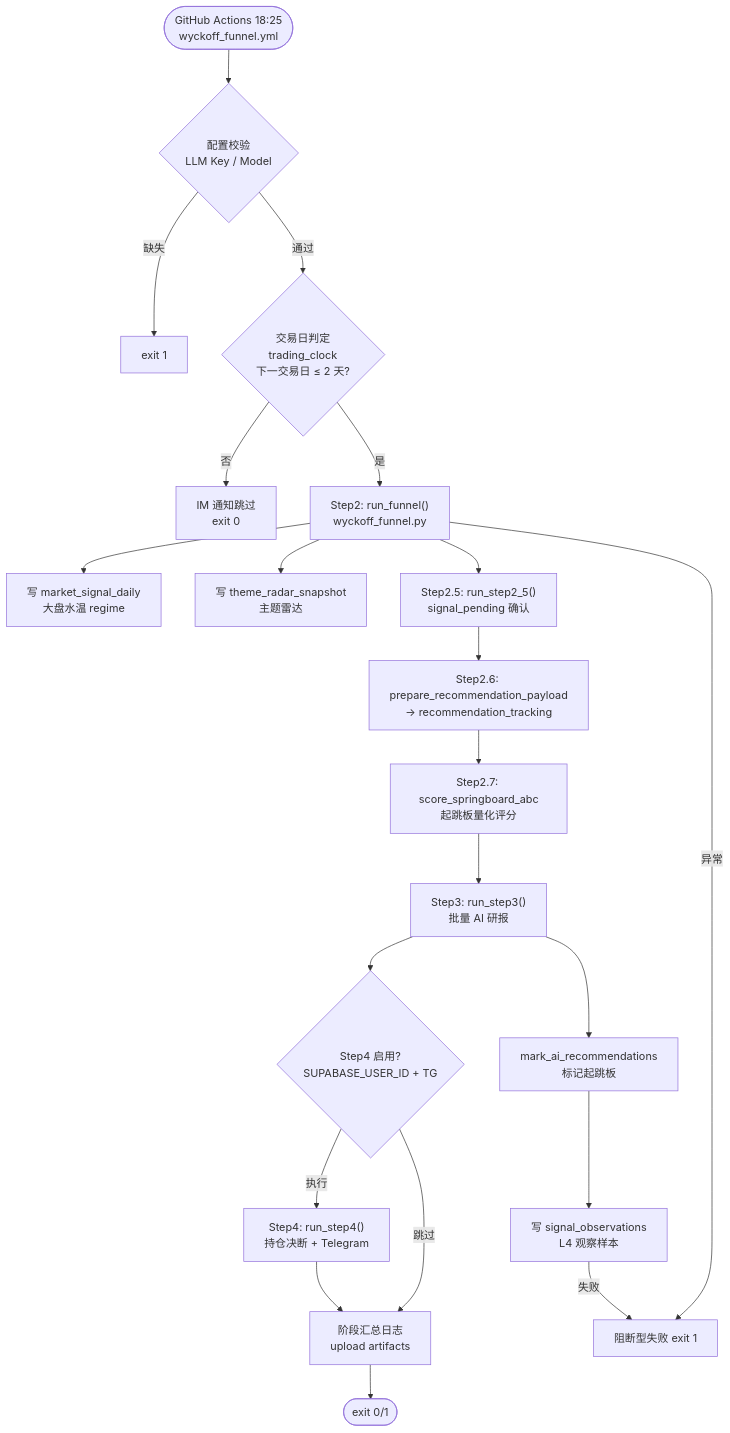
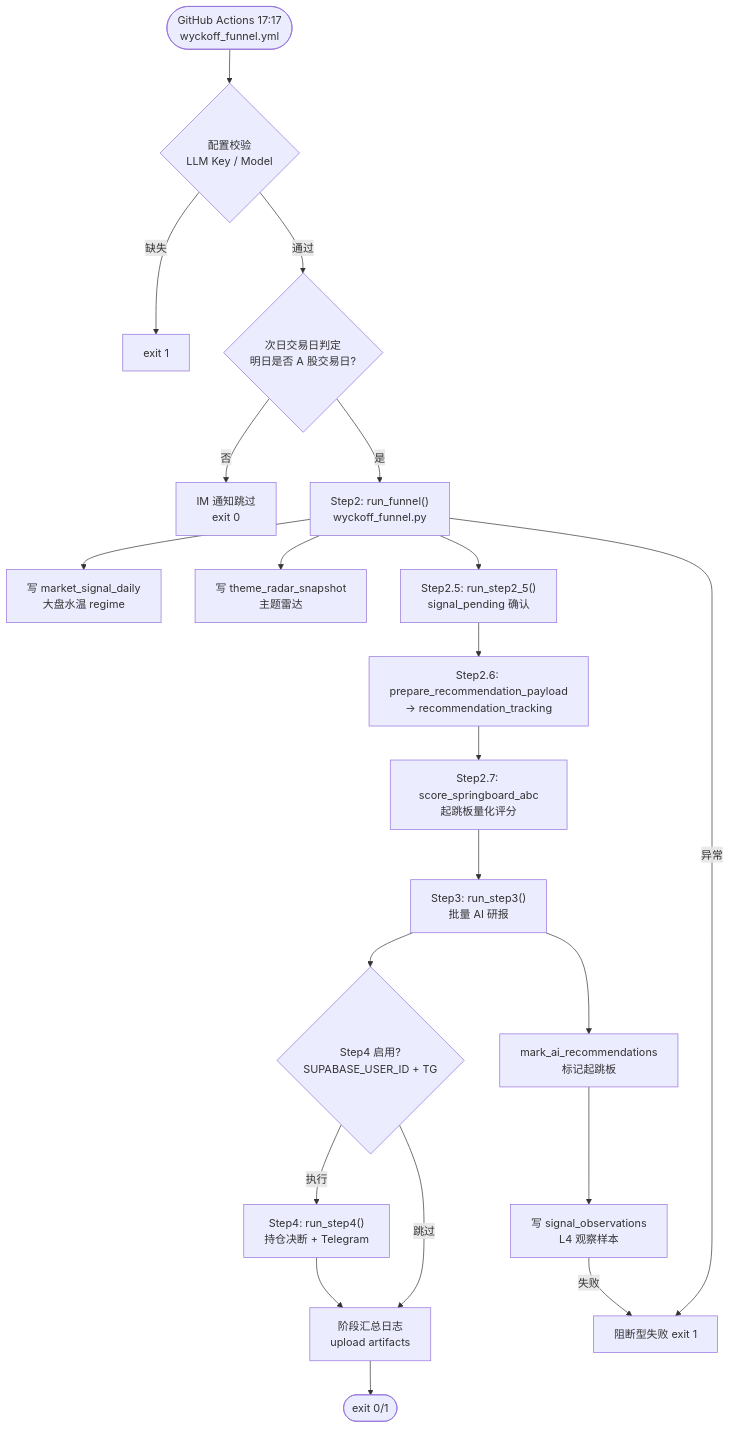
One commit to niyoh120/Wyckoff-Analysis changed the second of 7 diagrams in docs/A_SHARE_FUNNEL_FLOW.md. Above: the diagram before and after it, drawn with Mermaid. The commit also changed other lines of this file and 20 other files, not shown here.

````diff
--- a/docs/A_SHARE_FUNNEL_FLOW.md
+++ b/docs/A_SHARE_FUNNEL_FLOW.md
@@ -69,29 +69,29 @@
 ```mermaid
 flowchart TD
-    START(["GitHub Actions 18:25<br/>wyckoff_funnel.yml"]) --> CHECK1{"配置校验<br/>LLM Key / Model"}
+    START(["GitHub Actions 17:17<br/>wyckoff_funnel.yml"]) --> CHECK1{"配置校验<br/>LLM Key / Model"}
     CHECK1 -->|缺失| FAIL1["exit 1"]
-    CHECK1 -->|通过| CHECK2{"交易日判定<br/>trading_clock<br/>下一交易日 ≤ 2 天?"}
+    CHECK1 -->|通过| CHECK2{"次日交易日判定<br/>明日是否 A 股交易日?"}
     CHECK2 -->|否| SKIP["IM 通知跳过<br/>exit 0"]
     CHECK2 -->|是| STEP2
 
     STEP2["Step2: run_funnel()<br/>wyckoff_funnel.py"] --> P1["写 market_signal_daily<br/>大盘水温 regime"]
     STEP2 --> P2["写 theme_radar_snapshot<br/>主题雷达"]
     STEP2 --> S25
 
     S25["Step2.5: run_step2_5()<br/>signal_pending 确认"] --> S26
     S26["Step2.6: prepare_recommendation_payload<br/>→ recommendation_tracking"] --> S27
     S27["Step2.7: score_springboard_abc<br/>起跳板量化评分"] --> S3
 
     S3["Step3: run_step3()<br/>批量 AI 研报"] --> MARK["mark_ai_recommendations<br/>标记起跳板"]
     MARK --> OBS["写 signal_observations<br/>L4 观察样本"]
 
     S3 --> S4CHK{"Step4 启用?<br/>SUPABASE_USER_ID + TG"}
     S4CHK -->|跳过| SUM
     S4CHK -->|执行| S4
 
     S4["Step4: run_step4()<br/>持仓决断 + Telegram"] --> SUM
     SUM["阶段汇总日志<br/>upload artifacts"] --> END(["exit 0/1"])
 
     STEP2 -->|异常| BLOCK["阻断型失败 exit 1"]
     OBS -->|失败| BLOCK
 ```
````
